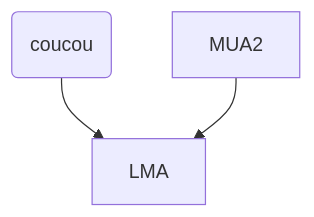
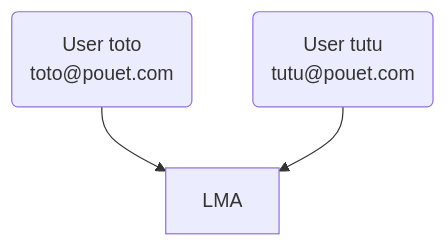
One commit to orel33/local-mail-agent changed the diagram in README.md. Above: the diagram before and after it, drawn with Mermaid.

````diff
--- a/README.md
+++ b/README.md
@@ -43,5 +43,6 @@
 ```mermaid
 graph TD;
-    MUA1("coucou");
+    MUA1("User toto\n toto@pouet.com");
+    MUA2("User tutu\n tutu@pouet.com");
     MUA1 & MUA2 --> LMA;
 ```
````
